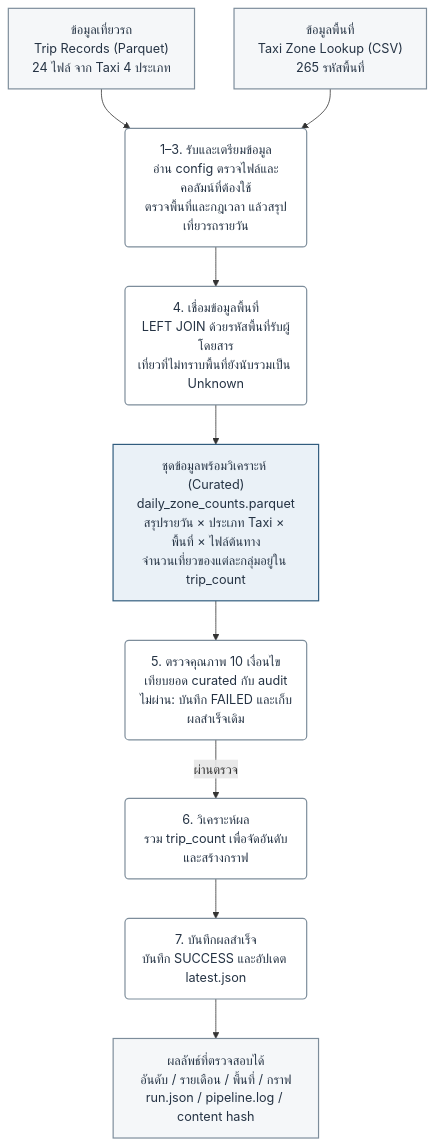
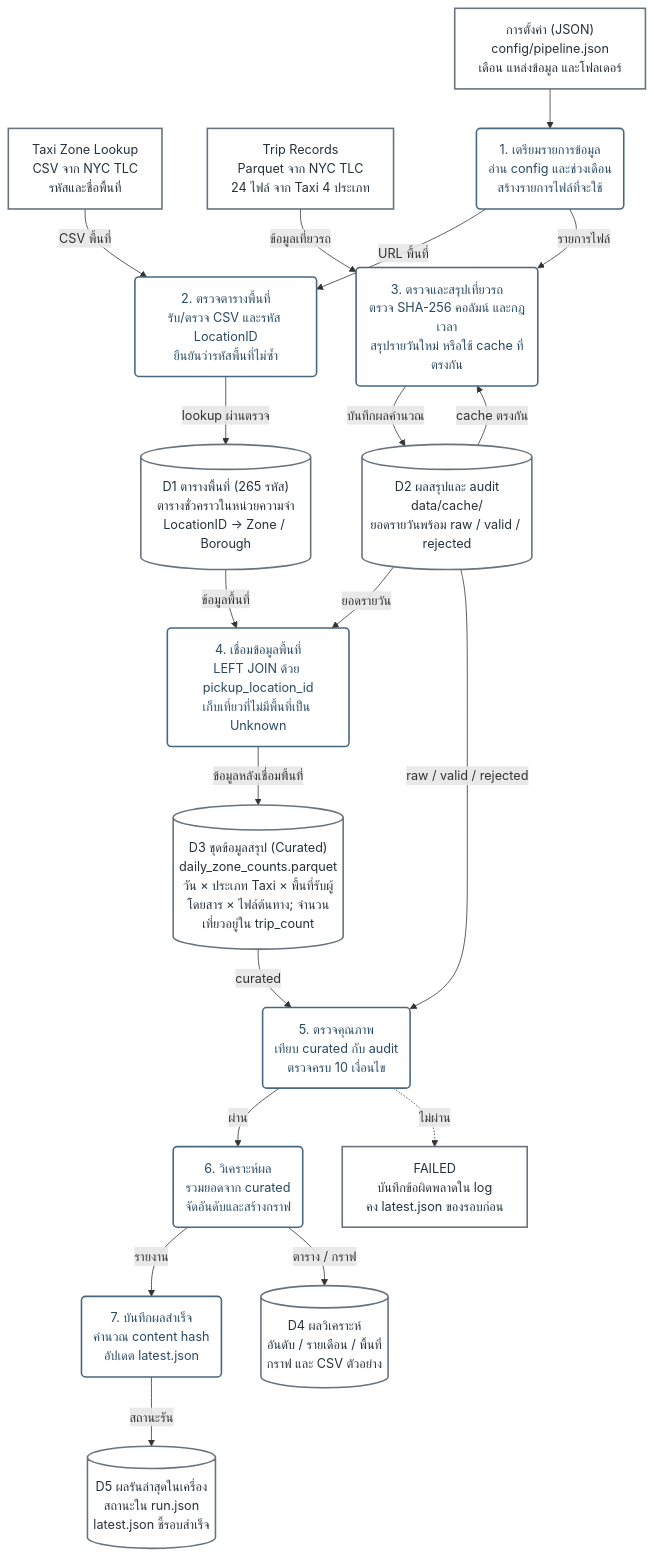
Before and after one commit to ronnakrit303/CS341-Submission2: the diagram in docs/pipeline.mmd, drawn with Mermaid. The commit also changed 3 other files, not shown here.

Commit message:
Restore the referenced grey-blue data flow diagram

```diff
--- a/docs/pipeline.mmd
+++ b/docs/pipeline.mmd
@@ -1,25 +1,75 @@
 flowchart TD
-    %% Generated by scripts/render_pipeline_diagram.py.
-    %% Overview: steps 1–3 share one process; see the README for all seven log stages.
-    %% A failed quality gate stops the main flow; other errors also retain the prior success.
-    trips["ข้อมูลเที่ยวรถ<br/>Trip Records (Parquet)<br/>24 ไฟล์ จาก Taxi 4 ประเภท"]:::source
-    zones["ข้อมูลพื้นที่<br/>Taxi Zone Lookup (CSV)<br/>265 รหัสพื้นที่"]:::source
-    prepare("1–3. รับและเตรียมข้อมูล<br/>อ่าน config ตรวจไฟล์และคอลัมน์ที่ต้องใช้<br/>ตรวจพื้นที่และกฎเวลา แล้วสรุปเที่ยวรถรายวัน"):::process
-    join("4. เชื่อมข้อมูลพื้นที่<br/>LEFT JOIN ด้วยรหัสพื้นที่รับผู้โดยสาร<br/>เที่ยวที่ไม่ทราบพื้นที่ยังนับรวมเป็น Unknown"):::process
-    curated["ชุดข้อมูลพร้อมวิเคราะห์ (Curated)<br/>daily_zone_counts.parquet<br/>สรุปรายวัน × ประเภท Taxi × พื้นที่ × ไฟล์ต้นทาง<br/>จำนวนเที่ยวของแต่ละกลุ่มอยู่ใน trip_count"]:::data
-    quality("5. ตรวจคุณภาพ 10 เงื่อนไข<br/>เทียบยอด curated กับ audit<br/>ไม่ผ่าน: บันทึก FAILED และเก็บผลสำเร็จเดิม"):::process
-    analysis("6. วิเคราะห์ผล<br/>รวม trip_count เพื่อจัดอันดับและสร้างกราฟ"):::process
-    publish("7. บันทึกผลสำเร็จ<br/>บันทึก SUCCESS และอัปเดต latest.json"):::process
-    outputs["ผลลัพธ์ที่ตรวจสอบได้<br/>อันดับ / รายเดือน / พื้นที่ / กราฟ<br/>run.json / pipeline.log / content hash"]:::output
-    trips --> prepare
-    zones --> prepare
-    prepare --> join
-    join --> curated
-    curated --> quality
-    quality -->|"ผ่านตรวจ"| analysis
-    analysis --> publish
-    publish --> outputs
-    classDef source fill:#F5F7F9,stroke:#7D8D9B,color:#253344,stroke-width:1.5px
-    classDef process fill:#FFFFFF,stroke:#7D8D9B,color:#253344,stroke-width:1.5px
-    classDef data fill:#EAF1F7,stroke:#315C7E,color:#253344,stroke-width:1.5px
-    classDef output fill:#F5F7F9,stroke:#7D8D9B,color:#253344,stroke-width:1.5px
+    %% Generated by scripts/render_pipeline_diagram.py; edit that file to regenerate both formats.
+    %% Colors and labels match docs/images/pipeline-data-flow.svg.
+    %% Numbered processes refer to log stages; arrows carry data, not parallel execution.
+    zoneSource["Taxi Zone Lookup
+CSV จาก NYC TLC
+รหัสและชื่อพื้นที่"]:::source
+    configSource["การตั้งค่า (JSON)
+config/pipeline.json
+เดือน แหล่งข้อมูล และโฟลเดอร์"]:::source
+    tripSource["Trip Records
+Parquet จาก NYC TLC
+24 ไฟล์ จาก Taxi 4 ประเภท"]:::source
+    prepare("1. เตรียมรายการข้อมูล
+อ่าน config และช่วงเดือน
+สร้างรายการไฟล์ที่จะใช้"):::process
+    lookup("2. ตรวจตารางพื้นที่
+รับ/ตรวจ CSV และรหัส LocationID
+ยืนยันว่ารหัสพื้นที่ไม่ซ้ำ"):::process
+    trips("3. ตรวจและสรุปเที่ยวรถ
+ตรวจ SHA-256 คอลัมน์ และกฎเวลา
+สรุปรายวันใหม่ หรือใช้ cache ที่ตรงกัน"):::process
+    zonesStore[("D1 ตารางพื้นที่ (265 รหัส)
+ตารางชั่วคราวในหน่วยความจำ
+LocationID → Zone / Borough")]:::store
+    aggregateStore[("D2 ผลสรุปและ audit
+data/cache/
+ยอดรายวันพร้อม raw / valid / rejected")]:::store
+    curate("4. เชื่อมข้อมูลพื้นที่
+LEFT JOIN ด้วย pickup_location_id
+เก็บเที่ยวที่ไม่มีพื้นที่เป็น Unknown"):::process
+    curatedStore[("D3 ชุดข้อมูลสรุป (Curated)
+daily_zone_counts.parquet
+วัน × ประเภท Taxi × พื้นที่รับผู้โดยสาร × ไฟล์ต้นทาง; จำนวนเที่ยวอยู่ใน trip_count")]:::store
+    quality("5. ตรวจคุณภาพ
+เทียบ curated กับ audit
+ตรวจครบ 10 เงื่อนไข"):::quality
+    analysis("6. วิเคราะห์ผล
+รวมยอดจาก curated
+จัดอันดับและสร้างกราฟ"):::process
+    publish("7. บันทึกผลสำเร็จ
+คำนวณ content hash
+อัปเดต latest.json"):::process
+    failed["FAILED
+บันทึกข้อผิดพลาดใน log
+คง latest.json ของรอบก่อน"]:::failed
+    resultStore[("D4 ผลวิเคราะห์
+อันดับ / รายเดือน / พื้นที่
+กราฟ และ CSV ตัวอย่าง")]:::store
+    successStore[("D5 ผลรันล่าสุดในเครื่อง
+สถานะใน run.json
+latest.json ชี้รอบสำเร็จ")]:::store
+    configSource --> prepare
+    zoneSource -->|"CSV พื้นที่"| lookup
+    tripSource -->|"ข้อมูลเที่ยวรถ"| trips
+    prepare -->|"URL พื้นที่"| lookup
+    prepare -->|"รายการไฟล์"| trips
+    lookup -->|"lookup ผ่านตรวจ"| zonesStore
+    trips -->|"บันทึกผลคำนวณ"| aggregateStore
+    aggregateStore -->|"cache ตรงกัน"| trips
+    zonesStore -->|"ข้อมูลพื้นที่"| curate
+    aggregateStore -->|"ยอดรายวัน"| curate
+    aggregateStore -->|"raw / valid / rejected"| quality
+    curate -->|"ข้อมูลหลังเชื่อมพื้นที่"| curatedStore
+    curatedStore -->|"curated"| quality
+    quality -->|"ผ่าน"| analysis
+    quality -.->|"ไม่ผ่าน"| failed
+    analysis -->|"รายงาน"| publish
+    analysis -->|"ตาราง / กราฟ"| resultStore
+    publish -->|"สถานะรัน"| successStore
+    classDef source fill:#FFFFFF,stroke:#68737D,color:#25313B,stroke-width:2px
+    classDef process fill:#FFFFFF,stroke:#486781,color:#294A65,stroke-width:2px
+    classDef store fill:#FFFFFF,stroke:#68737D,color:#25313B,stroke-width:2px
+    classDef quality fill:#FFFFFF,stroke:#486781,color:#294A65,stroke-width:2px
+    classDef failed fill:#FFFFFF,stroke:#68737D,color:#25313B,stroke-width:2px
```
